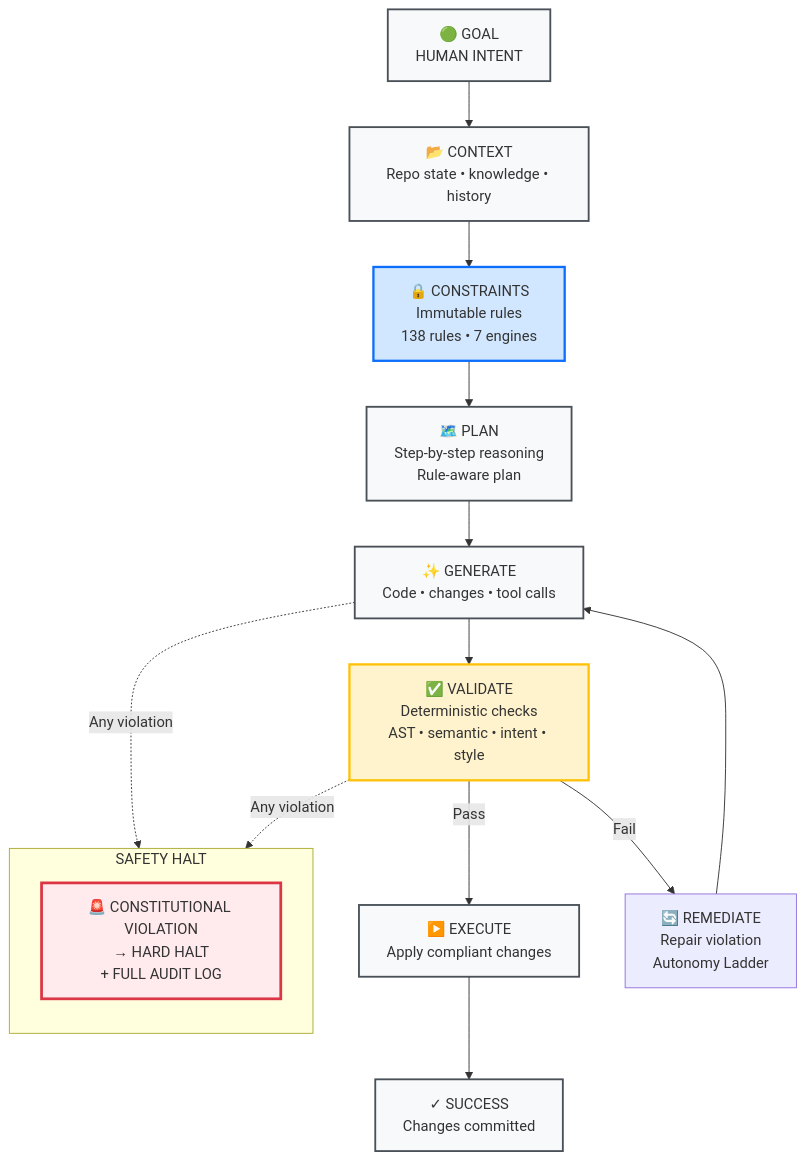
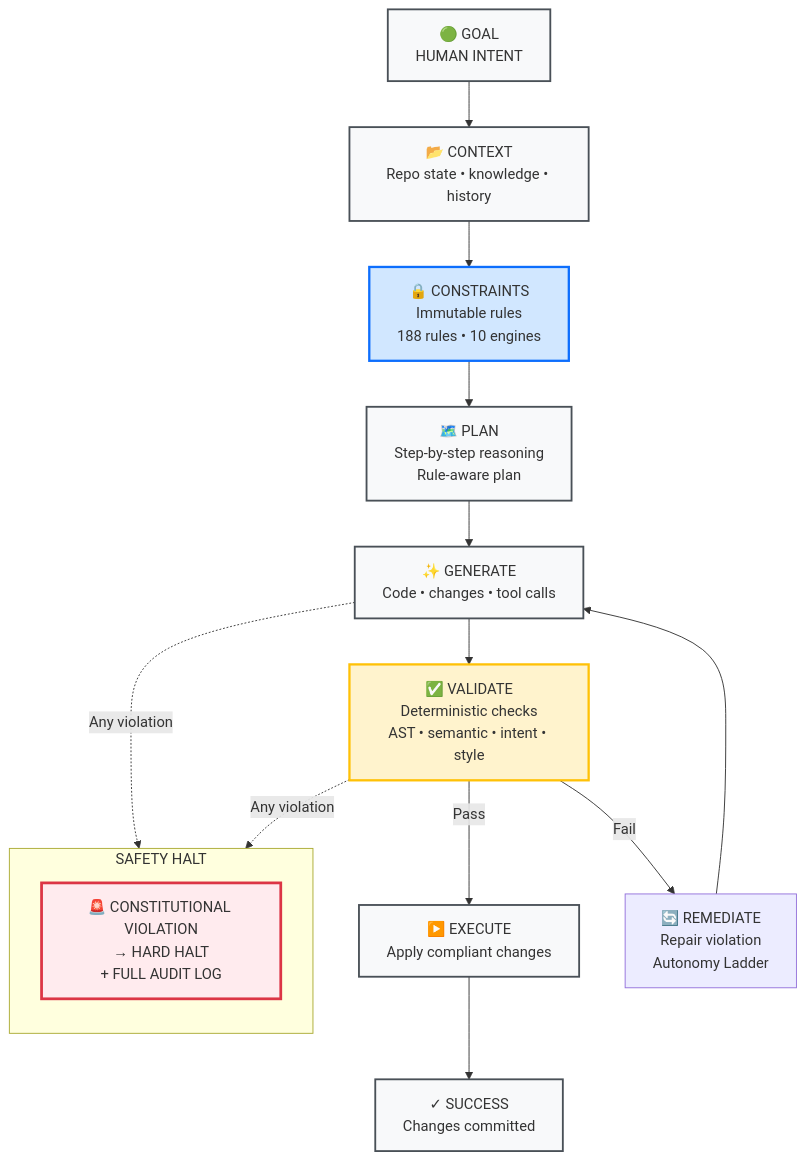
The diagram in README.md (DariuszNewecki/CORE), drawn with Mermaid before and after one commit. The commit also changed other lines of this file and 1 other file, not shown here.

````diff
--- a/README.md
+++ b/README.md
@@ -125,30 +125,30 @@
 ```mermaid
 flowchart TD
     A["🟢 GOAL\nHUMAN INTENT"] --> B["📂 CONTEXT\nRepo state • knowledge • history"]
-    B --> C["🔒 CONSTRAINTS\nImmutable rules\n138 rules • 7 engines"]
+    B --> C["🔒 CONSTRAINTS\nImmutable rules\n188 rules • 10 engines"]
     C --> D["🗺️ PLAN\nStep-by-step reasoning\nRule-aware plan"]
     D --> E["✨ GENERATE\nCode • changes • tool calls"]
     E --> F["✅ VALIDATE\nDeterministic checks\nAST • semantic • intent • style"]
     F -->|Pass| G["▶️ EXECUTE\nApply compliant changes"]
     F -->|Fail| H["🔄 REMEDIATE\nRepair violation\nAutonomy Ladder"]
     H --> E
     G --> I["✓ SUCCESS\nChanges committed"]
 
     subgraph "SAFETY HALT"
         direction TB
         J["🚨 CONSTITUTIONAL VIOLATION\n→ HARD HALT\n+ FULL AUDIT LOG"]
     end
 
     E -.->|Any violation| J
     F -.->|Any violation| J
 
     classDef phase      fill:#f8f9fa,stroke:#495057,stroke-width:2px
     classDef constraint fill:#d1e7ff,stroke:#0d6efd,stroke-width:2.5px
     classDef validate   fill:#fff3cd,stroke:#ffc107,stroke-width:2.5px
     classDef halt       fill:#ffebee,stroke:#dc3545,stroke-width:3px
 
     class A,B,D,E,G,I phase
     class C constraint
     class F validate
     class J halt
 ```
````
